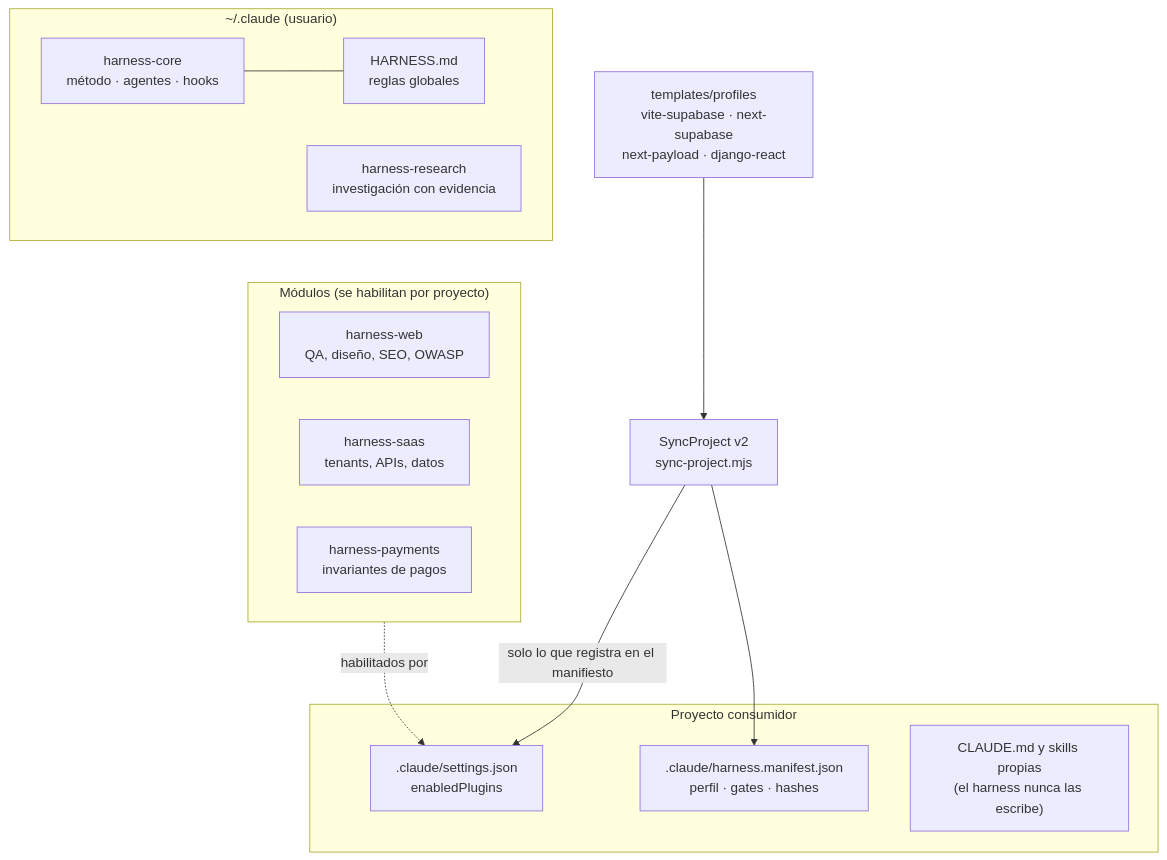
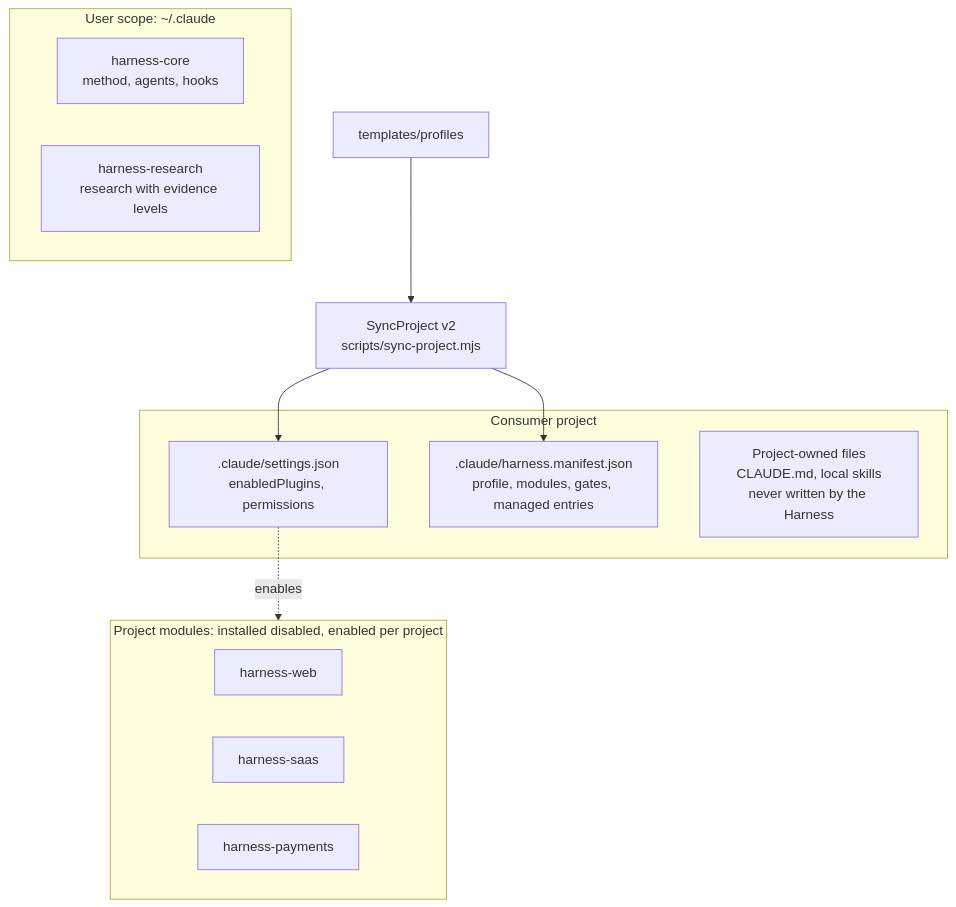
The first of 3 diagrams in README.md (MarBlanco/ClaudeCode-agentes-skills), drawn with Mermaid before and after one commit. The commit also changed other lines of this file, not shown here.

Commit message:
docs: README en inglés con posicionamiento "Modular Engineering Framework for AI-Assisted Web and SaaS Development"

````diff
--- a/README.md
+++ b/README.md
@@ -27,25 +31,23 @@
 ```mermaid
 flowchart TB
-  subgraph Usuario["~/.claude (usuario)"]
-    H["HARNESS.md<br/>reglas globales"]
-    CORE["harness-core<br/>método · agentes · hooks"]
-    RES["harness-research<br/>investigación con evidencia"]
+  subgraph User["User scope: ~/.claude"]
+    CORE["harness-core<br/>method, agents, hooks"]
+    RES["harness-research<br/>research with evidence levels"]
   end
-  subgraph Mod["Módulos (se habilitan por proyecto)"]
-    WEB["harness-web<br/>QA, diseño, SEO, OWASP"]
-    SAAS["harness-saas<br/>tenants, APIs, datos"]
-    PAY["harness-payments<br/>invariantes de pagos"]
+  subgraph Modules["Project modules: installed disabled, enabled per project"]
+    WEB["harness-web"]
+    SAAS["harness-saas"]
+    PAY["harness-payments"]
   end
-  subgraph Proy["Proyecto consumidor"]
-    SET[".claude/settings.json<br/>enabledPlugins"]
-    MAN[".claude/harness.manifest.json<br/>perfil · gates · hashes"]
-    OWN["CLAUDE.md y skills propias<br/>(el harness nunca las escribe)"]
+  subgraph Project["Consumer project"]
+    SET[".claude/settings.json<br/>enabledPlugins, permissions"]
+    MAN[".claude/harness.manifest.json<br/>profile, modules, gates, managed entries"]
+    OWN["Project-owned files<br/>CLAUDE.md, local skills<br/>never written by the Harness"]
   end
-  PROF["templates/profiles<br/>vite-supabase · next-supabase<br/>next-payload · django-react"]
-  SYNC["SyncProject v2<br/>sync-project.mjs"]
+  PROF["templates/profiles"]
+  SYNC["SyncProject v2<br/>scripts/sync-project.mjs"]
   PROF --> SYNC
-  SYNC -->|"solo lo que registra en el manifiesto"| SET
+  SYNC --> SET
   SYNC --> MAN
-  Mod -.->|"habilitados por"| SET
-  CORE --- H
+  SET -.->|"enables"| Modules
 ```
````
